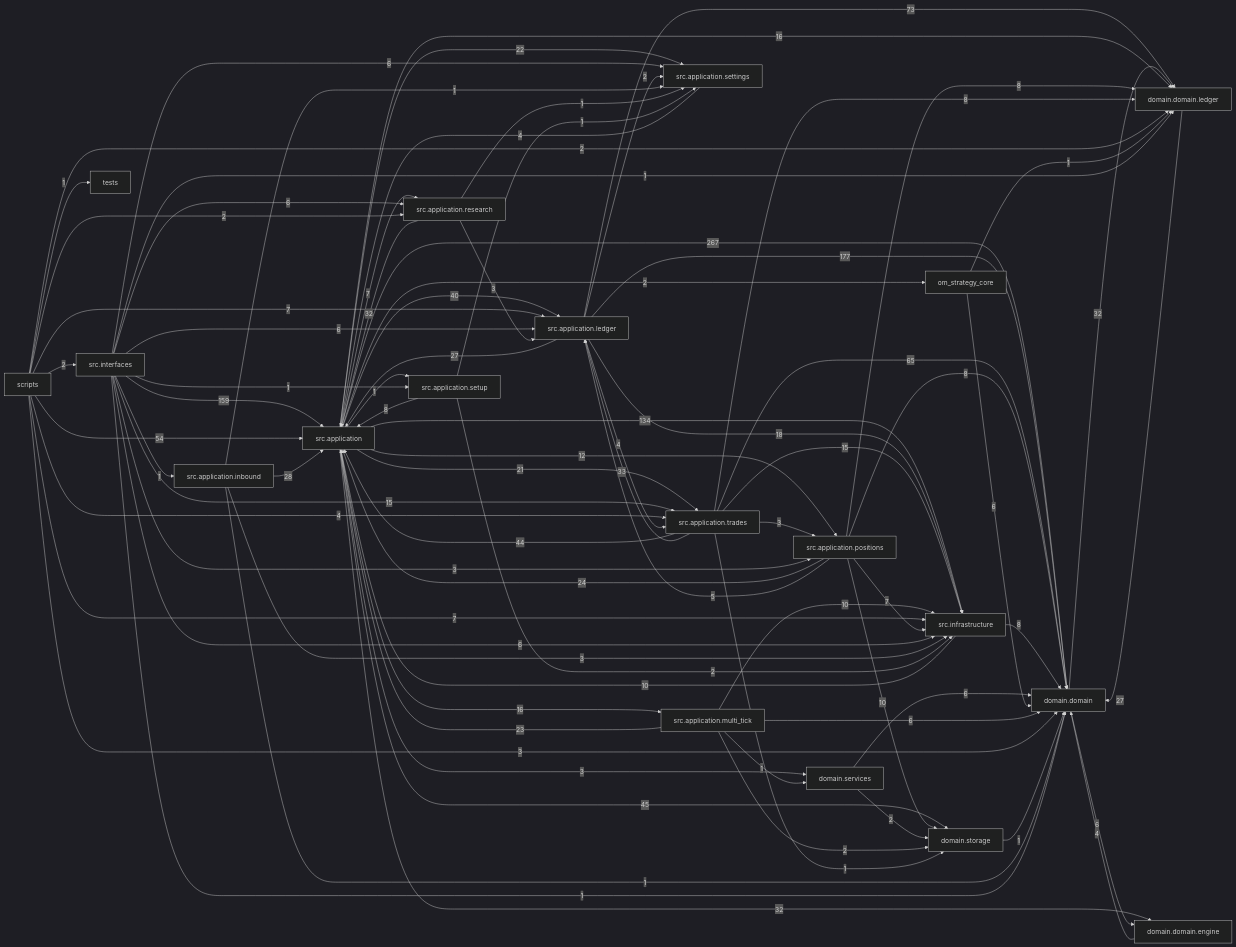
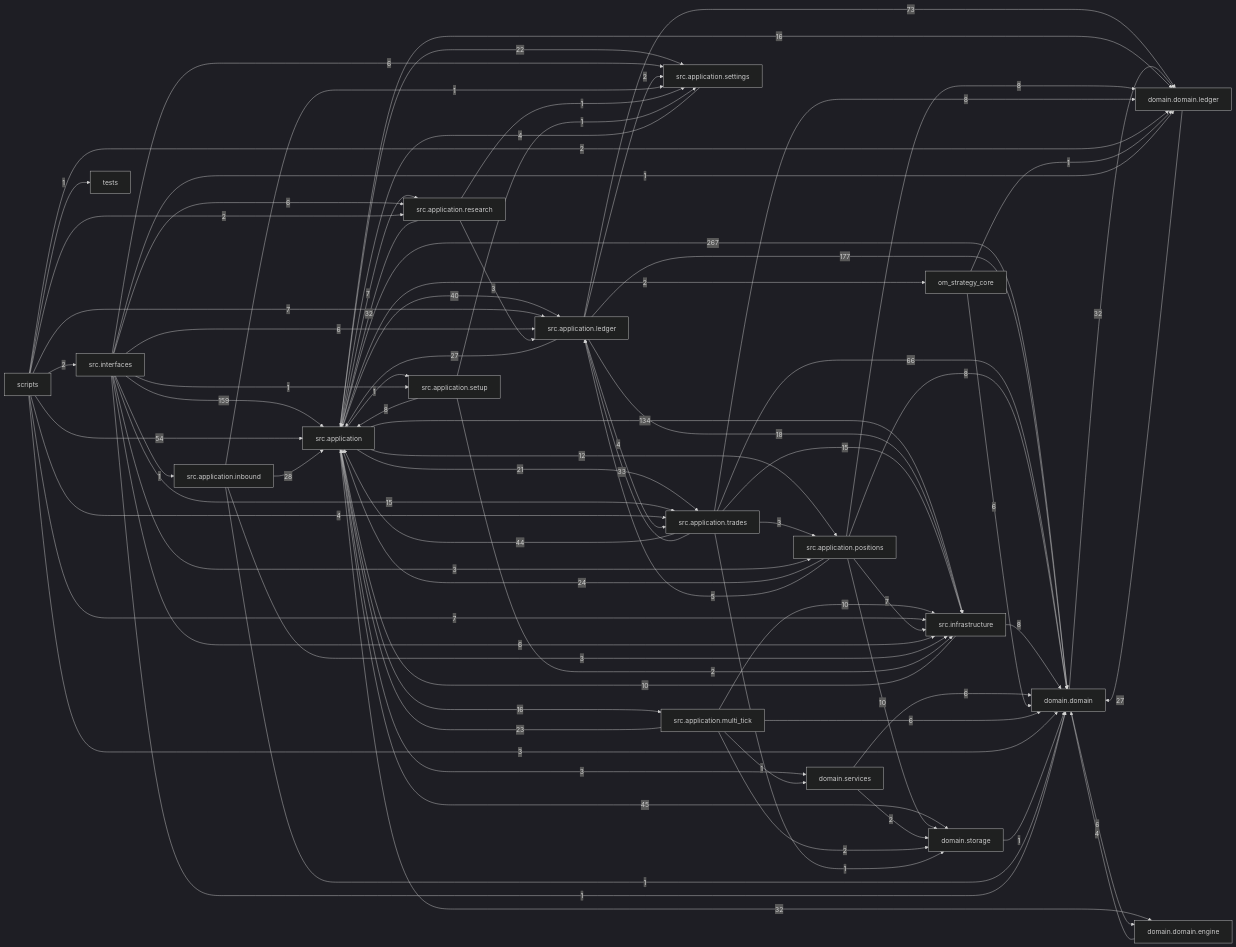
One commit to liuxie066/options-monitor changed the diagram in docs/dependency_graph.mmd. Above: the diagram before and after it, drawn with Mermaid (dark theme). The commit also changed 4 other files, not shown here.

```diff
--- a/docs/dependency_graph.mmd
+++ b/docs/dependency_graph.mmd
@@ -1,81 +1,81 @@
 flowchart LR
   src_application["src.application"] -->|267| domain_domain["domain.domain"]
   src_application_ledger["src.application.ledger"] -->|177| domain_domain["domain.domain"]
   src_interfaces["src.interfaces"] -->|159| src_application["src.application"]
   src_application["src.application"] -->|134| src_infrastructure["src.infrastructure"]
   src_application_ledger["src.application.ledger"] -->|73| domain_domain_ledger["domain.domain.ledger"]
-  src_application_trades["src.application.trades"] -->|65| domain_domain["domain.domain"]
+  src_application_trades["src.application.trades"] -->|66| domain_domain["domain.domain"]
   scripts["scripts"] -->|54| src_application["src.application"]
   src_application["src.application"] -->|45| domain_storage["domain.storage"]
   src_application_trades["src.application.trades"] -->|44| src_application["src.application"]
   src_application["src.application"] -->|40| src_application_ledger["src.application.ledger"]
   src_application_trades["src.application.trades"] -->|33| src_application_ledger["src.application.ledger"]
   domain_domain["domain.domain"] -->|32| domain_domain_ledger["domain.domain.ledger"]
   src_application["src.application"] -->|32| domain_domain_engine["domain.domain.engine"]
   src_application_research["src.application.research"] -->|32| src_application["src.application"]
   src_application_inbound["src.application.inbound"] -->|28| src_application["src.application"]
   domain_domain_ledger["domain.domain.ledger"] -->|27| domain_domain["domain.domain"]
   src_application_ledger["src.application.ledger"] -->|27| src_application["src.application"]
   src_application_positions["src.application.positions"] -->|24| src_application["src.application"]
   src_application_multi_tick["src.application.multi_tick"] -->|23| src_application["src.application"]
   src_application["src.application"] -->|22| src_application_settings["src.application.settings"]
   src_application["src.application"] -->|21| src_application_trades["src.application.trades"]
   src_application_ledger["src.application.ledger"] -->|18| src_infrastructure["src.infrastructure"]
   src_application["src.application"] -->|16| domain_domain_ledger["domain.domain.ledger"]
   src_application["src.application"] -->|16| src_application_multi_tick["src.application.multi_tick"]
   src_application_trades["src.application.trades"] -->|15| src_infrastructure["src.infrastructure"]
   src_interfaces["src.interfaces"] -->|15| src_application_trades["src.application.trades"]
   src_application["src.application"] -->|12| src_application_positions["src.application.positions"]
   src_application_multi_tick["src.application.multi_tick"] -->|10| src_infrastructure["src.infrastructure"]
   src_application_positions["src.application.positions"] -->|10| domain_storage["domain.storage"]
   src_infrastructure["src.infrastructure"] -->|10| src_application["src.application"]
   src_application_positions["src.application.positions"] -->|8| domain_domain["domain.domain"]
   src_application_positions["src.application.positions"] -->|8| domain_domain_ledger["domain.domain.ledger"]
   src_application_setup["src.application.setup"] -->|8| src_application["src.application"]
   src_application_trades["src.application.trades"] -->|8| domain_domain_ledger["domain.domain.ledger"]
   src_infrastructure["src.infrastructure"] -->|8| domain_domain["domain.domain"]
   scripts["scripts"] -->|7| src_application_ledger["src.application.ledger"]
   scripts["scripts"] -->|7| src_infrastructure["src.infrastructure"]
   src_application["src.application"] -->|7| src_application_research["src.application.research"]
   src_application_positions["src.application.positions"] -->|7| src_infrastructure["src.infrastructure"]
   domain_domain["domain.domain"] -->|6| domain_domain_engine["domain.domain.engine"]
   domain_services["domain.services"] -->|6| domain_domain["domain.domain"]
   om_strategy_core["om_strategy_core"] -->|6| domain_domain["domain.domain"]
   src_application_multi_tick["src.application.multi_tick"] -->|6| domain_domain["domain.domain"]
   src_interfaces["src.interfaces"] -->|6| src_application_ledger["src.application.ledger"]
   src_interfaces["src.interfaces"] -->|6| src_application_research["src.application.research"]
   src_interfaces["src.interfaces"] -->|6| src_application_settings["src.application.settings"]
   src_interfaces["src.interfaces"] -->|6| src_infrastructure["src.infrastructure"]
   src_application_positions["src.application.positions"] -->|5| src_application_ledger["src.application.ledger"]
   domain_domain_engine["domain.domain.engine"] -->|4| domain_domain["domain.domain"]
   scripts["scripts"] -->|4| src_application_trades["src.application.trades"]
   src_application_ledger["src.application.ledger"] -->|4| src_application_trades["src.application.trades"]
   src_application_settings["src.application.settings"] -->|4| src_application["src.application"]
   scripts["scripts"] -->|3| domain_domain["domain.domain"]
   src_application["src.application"] -->|3| domain_services["domain.services"]
   src_application_inbound["src.application.inbound"] -->|3| src_infrastructure["src.infrastructure"]
   src_application_research["src.application.research"] -->|3| src_application_ledger["src.application.ledger"]
   src_application_trades["src.application.trades"] -->|3| src_application_positions["src.application.positions"]
   src_interfaces["src.interfaces"] -->|3| src_application_positions["src.application.positions"]
   domain_services["domain.services"] -->|2| domain_storage["domain.storage"]
   scripts["scripts"] -->|2| domain_domain_ledger["domain.domain.ledger"]
   scripts["scripts"] -->|2| src_application_research["src.application.research"]
   scripts["scripts"] -->|2| src_interfaces["src.interfaces"]
   src_application["src.application"] -->|2| om_strategy_core["om_strategy_core"]
   src_application_ledger["src.application.ledger"] -->|2| src_application_settings["src.application.settings"]
   src_application_multi_tick["src.application.multi_tick"] -->|2| domain_storage["domain.storage"]
   src_application_setup["src.application.setup"] -->|2| src_infrastructure["src.infrastructure"]
   domain_storage["domain.storage"] -->|1| domain_domain["domain.domain"]
   om_strategy_core["om_strategy_core"] -->|1| domain_domain_ledger["domain.domain.ledger"]
   scripts["scripts"] -->|1| tests["tests"]
   src_application["src.application"] -->|1| src_application_setup["src.application.setup"]
   src_application_inbound["src.application.inbound"] -->|1| domain_domain["domain.domain"]
   src_application_inbound["src.application.inbound"] -->|1| src_application_settings["src.application.settings"]
   src_application_multi_tick["src.application.multi_tick"] -->|1| domain_services["domain.services"]
   src_application_research["src.application.research"] -->|1| src_application_settings["src.application.settings"]
   src_application_setup["src.application.setup"] -->|1| src_application_settings["src.application.settings"]
   src_application_trades["src.application.trades"] -->|1| domain_storage["domain.storage"]
   src_interfaces["src.interfaces"] -->|1| domain_domain["domain.domain"]
   src_interfaces["src.interfaces"] -->|1| domain_domain_ledger["domain.domain.ledger"]
   src_interfaces["src.interfaces"] -->|1| src_application_inbound["src.application.inbound"]
   src_interfaces["src.interfaces"] -->|1| src_application_setup["src.application.setup"]
```
